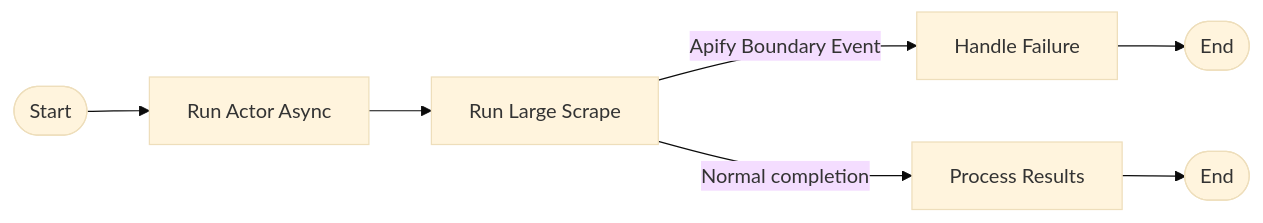
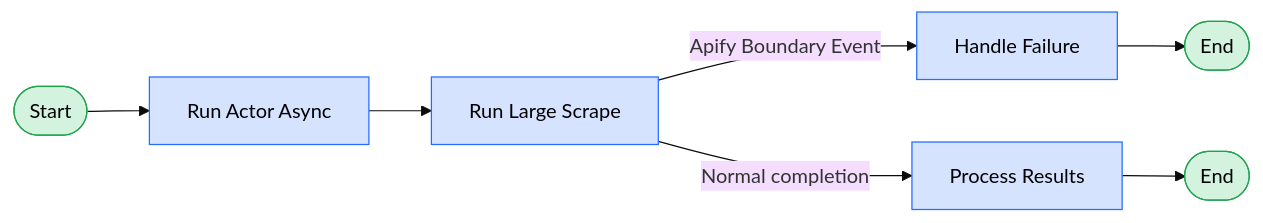
The ninth of 9 diagrams in sources/platform/integrations/workflows-and-notifications/camunda.md (apify/apify-docs), drawn with Mermaid (base theme) before and after one commit. The commit also changed other lines of this file, not shown here.

Commit message:
docs: update Camunda integration documentation with enhanced descriptions, improved structure, and additional details on operations

````diff
--- a/sources/platform/integrations/workflows-and-notifications/camunda.md
+++ b/sources/platform/integrations/workflows-and-notifications/camunda.md
@@ -503,9 +743,14 @@
 ```mermaid
 graph LR
     A([Start]) --> B[Run Actor Async]
     B --> C[Run Large Scrape]
     C -- Apify Boundary Event --> D[Handle Failure]
     D --> E1([End])
     C -- Normal completion --> F[Process Results]
     F --> E2([End])
+
+    classDef camunda fill:#d6e3ff,stroke:#246dff,color:#000
+    classDef terminal fill:#d4f3df,stroke:#20a34e,color:#000
+    class B,C,D,F camunda
+    class A,E1,E2 terminal
 ```
````
